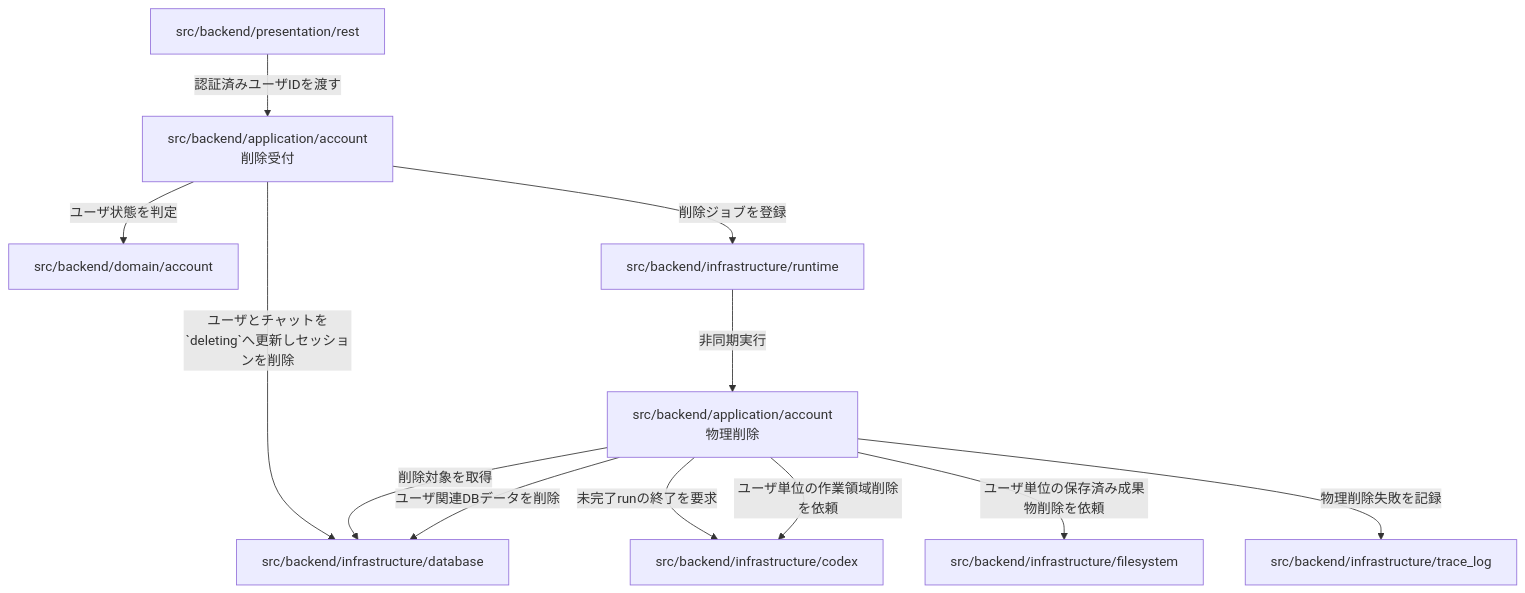
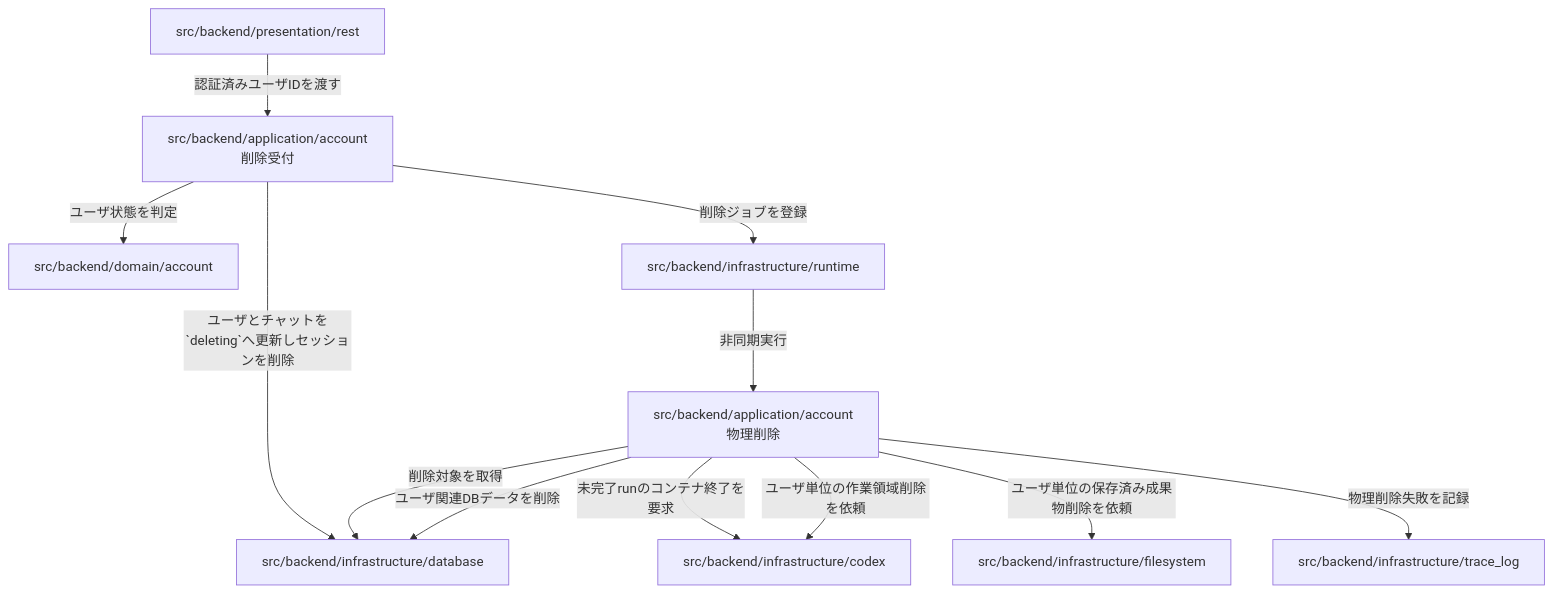
One commit to mincsys/D-Concierge changed the fifth of 5 diagrams in docs/03_内部設計/01_アーキテクチャ設計/アーキテクチャ設計.md. Above: the diagram before and after it, drawn with Mermaid. The commit also changed other lines of this file and 136 other files, not shown here.

````diff
--- a/docs/03_内部設計/01_アーキテクチャ設計/アーキテクチャ設計.md
+++ b/docs/03_内部設計/01_アーキテクチャ設計/アーキテクチャ設計.md
@@ -218,24 +226,24 @@
 ```mermaid
 flowchart TD
     rest["src/backend/presentation/rest"]
     deletion_accept["src/backend/application/account<br>削除受付"]
     deletion_execute["src/backend/application/account<br>物理削除"]
     account_domain["src/backend/domain/account"]
     runtime["src/backend/infrastructure/runtime"]
     database["src/backend/infrastructure/database"]
     codex["src/backend/infrastructure/codex"]
     filesystem["src/backend/infrastructure/filesystem"]
     trace_log["src/backend/infrastructure/trace_log"]
 
     rest -->|認証済みユーザIDを渡す| deletion_accept
     deletion_accept -->|ユーザ状態を判定| account_domain
     deletion_accept -->|ユーザとチャットを`deleting`へ更新しセッションを削除| database
     deletion_accept -->|削除ジョブを登録| runtime
     runtime -->|非同期実行| deletion_execute
     deletion_execute -->|削除対象を取得| database
-    deletion_execute -->|未完了runの終了を要求| codex
+    deletion_execute -->|未完了runのコンテナ終了を要求| codex
     deletion_execute -->|ユーザ単位の作業領域削除を依頼| codex
     deletion_execute -->|ユーザ単位の保存済み成果物削除を依頼| filesystem
     deletion_execute -->|ユーザ関連DBデータを削除| database
     deletion_execute -->|物理削除失敗を記録| trace_log
 ```
````
